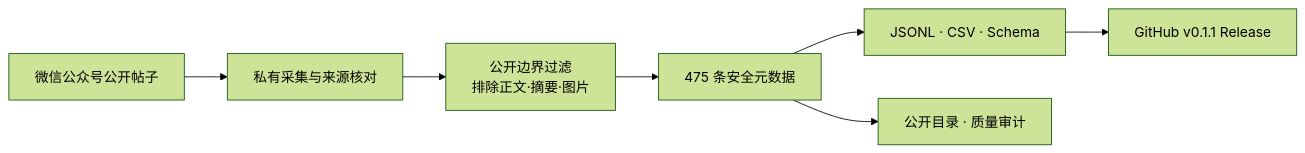
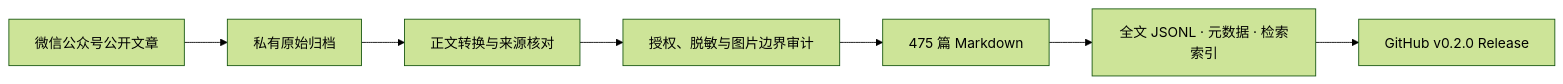
Before and after one commit to minkaiwang/dgbl-wechat-kb: the diagram in README.md, drawn with Mermaid (forest theme). The commit also changed other lines of this file and 528 other files, not shown here.

````diff
--- a/README.md
+++ b/README.md
@@ -51,9 +63,9 @@
 ```mermaid
 flowchart LR
-    A["微信公众号公开帖子"] --> B["私有采集与来源核对"]
-    B --> C["公开边界过滤<br/>排除正文·摘要·图片"]
-    C --> D["475 条安全元数据"]
-    D --> E["JSONL · CSV · Schema"]
-    D --> F["公开目录 · 质量审计"]
-    E --> G["GitHub v0.1.1 Release"]
+    A["微信公众号公开文章"] --> B["私有原始归档"]
+    B --> C["正文转换与来源核对"]
+    C --> D["授权、脱敏与图片边界审计"]
+    D --> E["475 篇 Markdown"]
+    E --> F["全文 JSONL · 元数据 · 检索索引"]
+    F --> G["GitHub v0.2.0 Release"]
 ```
````
